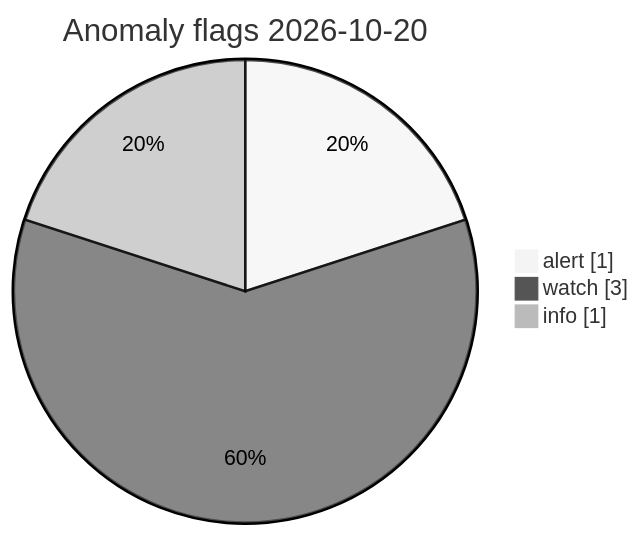
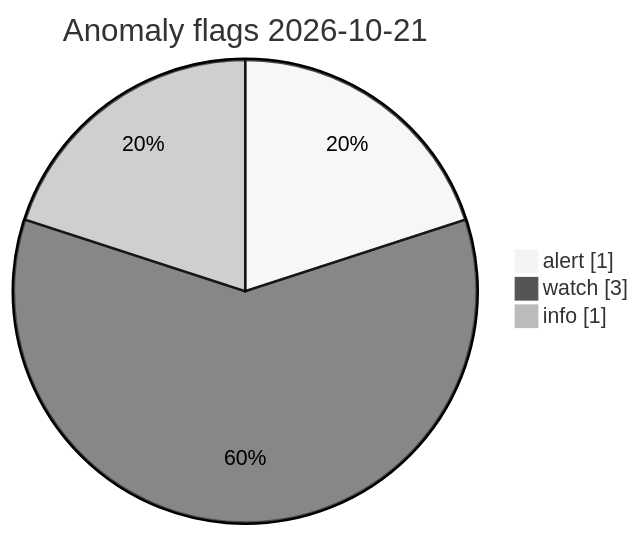
The diagram in visuals/latest/CHARTS.md (Midwest-Stratospheric/Unified-Open-Global-Weather), drawn with Mermaid (neutral theme) before and after one commit. The commit also changed other lines of this file and 23 other files, not shown here.

Commit message:
data(visuals): automated charts 2026-10-21T09:47Z

````diff
--- a/visuals/latest/CHARTS.md
+++ b/visuals/latest/CHARTS.md
@@ -73,7 +73,7 @@
 ```mermaid
 pie showData
-  title Anomaly flags 2026-10-20
+  title Anomaly flags 2026-10-21
   "alert" : 1
   "watch" : 3
   "info" : 1
 ```
````
